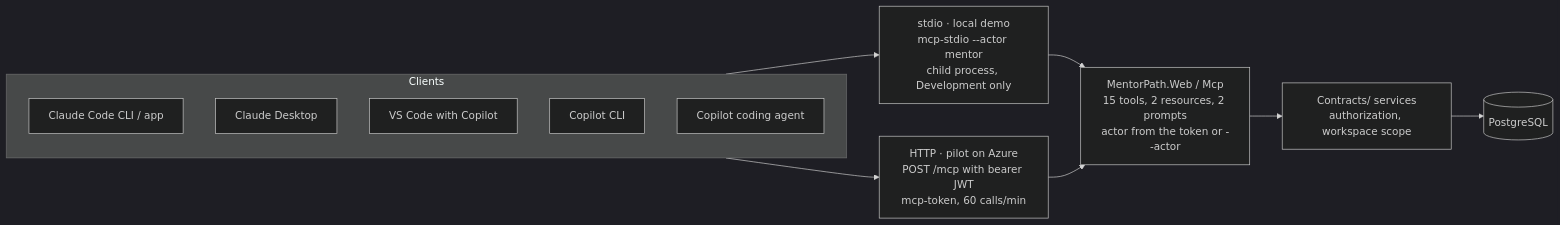
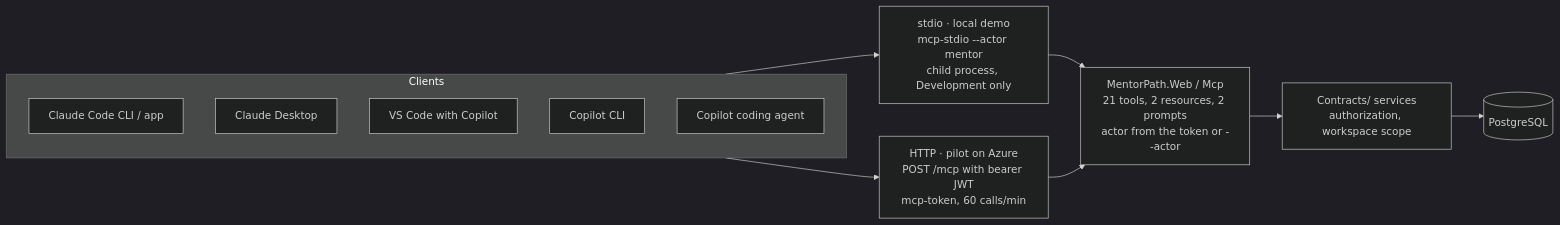
One commit to szkoladotneta/MentorPath changed the diagram in docs/MCP_CLIENTS.md. Above: the diagram before and after it, drawn with Mermaid (dark theme). The commit also changed other lines of this file and 37 other files, not shown here.

````diff
--- a/docs/MCP_CLIENTS.md
+++ b/docs/MCP_CLIENTS.md
@@ -15,20 +15,20 @@
 ```mermaid
 flowchart LR
     subgraph Clients
         CC[Claude Code CLI / app]
         CD[Claude Desktop]
         VS[VS Code with Copilot]
         CLI[Copilot CLI]
         CA[Copilot coding agent]
     end
     STDIO["stdio · local demo<br/>mcp-stdio --actor mentor<br/>child process, Development only"]
     HTTP["HTTP · pilot on Azure<br/>POST /mcp with bearer JWT<br/>mcp-token, 60 calls/min"]
-    MCP["MentorPath.Web / Mcp<br/>15 tools, 2 resources, 2 prompts<br/>actor from the token or --actor"]
+    MCP["MentorPath.Web / Mcp<br/>21 tools, 2 resources, 2 prompts<br/>actor from the token or --actor"]
     SVC["Contracts/ services<br/>authorization, workspace scope"]
     PG[(PostgreSQL)]
     Clients --> STDIO
     Clients --> HTTP
     STDIO --> MCP
     HTTP --> MCP
     MCP --> SVC --> PG
 ```
````
